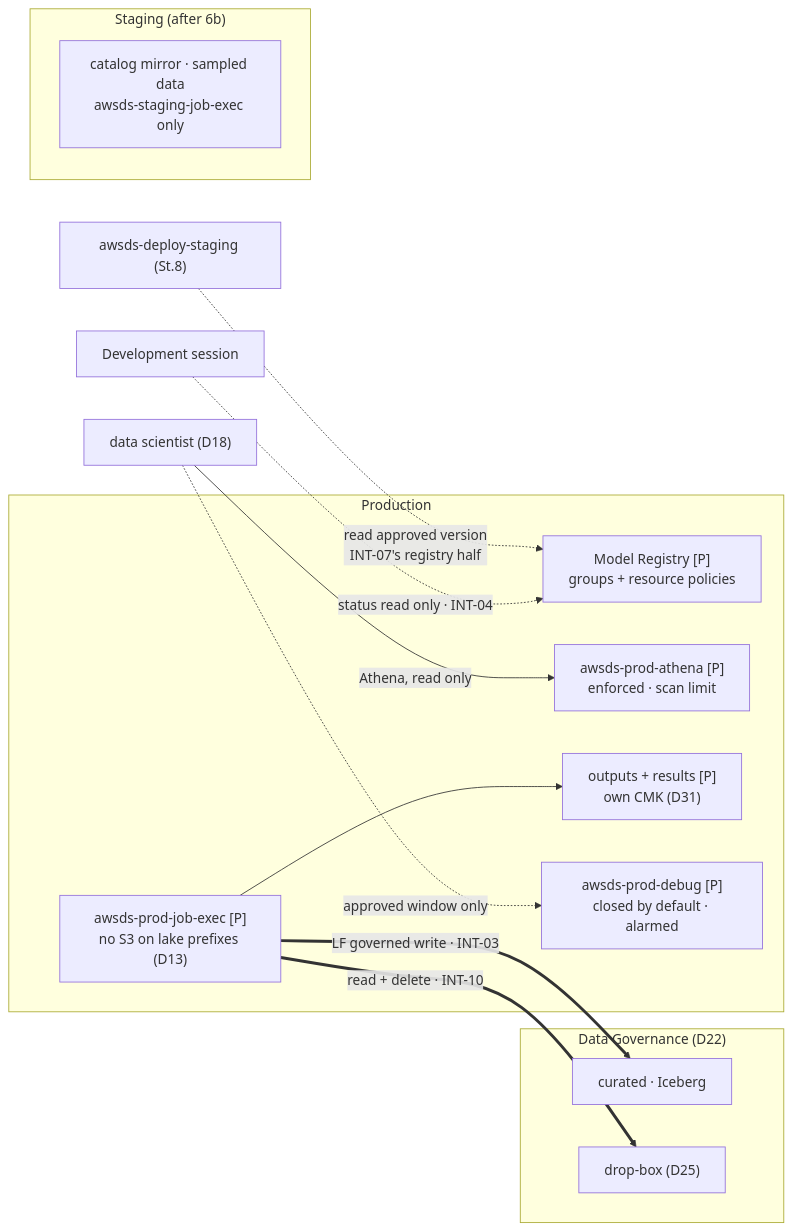
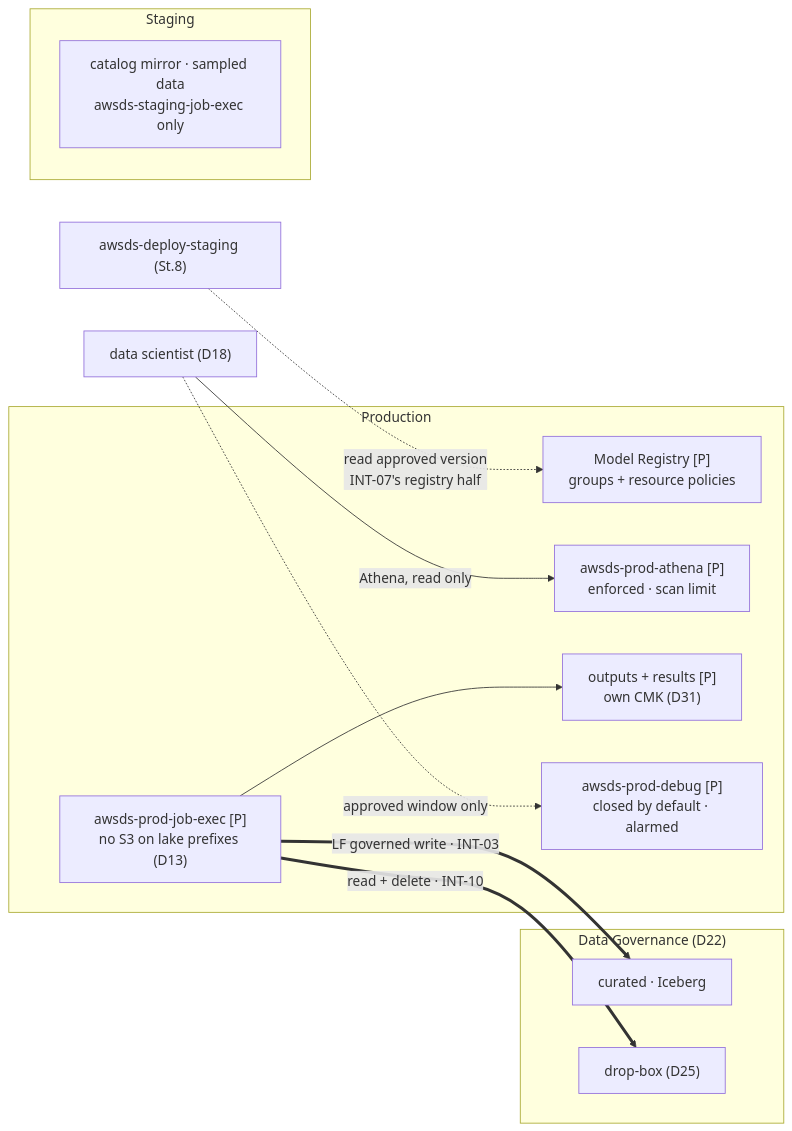
One commit to felipenoris/AWS-DataScience changed the diagram in docs/plan/stages/stage-09-deployment-targets.md. Above: the diagram before and after it, drawn with Mermaid. The commit also changed other lines of this file and 19 other files, not shown here.

````diff
--- a/docs/plan/stages/stage-09-deployment-targets.md
+++ b/docs/plan/stages/stage-09-deployment-targets.md
@@ -48,24 +49,23 @@
 ```mermaid
 flowchart LR
     subgraph DG["Data Governance (D22)"]
         LAKE["curated · Iceberg"]
         BOX["drop-box (D25)"]
     end
     subgraph PRD["Production"]
         JOB["awsds-prod-job-exec [P]<br/>no S3 on lake prefixes (D13)"]
         REG["Model Registry [P]<br/>groups + resource policies"]
         WG["awsds-prod-athena [P]<br/>enforced · scan limit"]
         OUT["outputs + results [P]<br/>own CMK (D31)"]
         DBG["awsds-prod-debug [P]<br/>closed by default · alarmed"]
     end
-    subgraph STG["Staging (after 6b)"]
+    subgraph STG["Staging"]
         MIR["catalog mirror · sampled data<br/>awsds-staging-job-exec only"]
     end
     JOB ==>|"LF governed write · INT-03"| LAKE
     JOB ==>|"read + delete · INT-10"| BOX
     JOB --> OUT
     DS["data scientist (D18)"] -->|"Athena, read only"| WG
     DS -.->|"approved window only"| DBG
     SDR["awsds-deploy-staging (St.8)"] -.->|"read approved version<br/>INT-07's registry half"| REG
-    DEVR["Development session"] -.->|"status read only · INT-04"| REG
 ```
````
